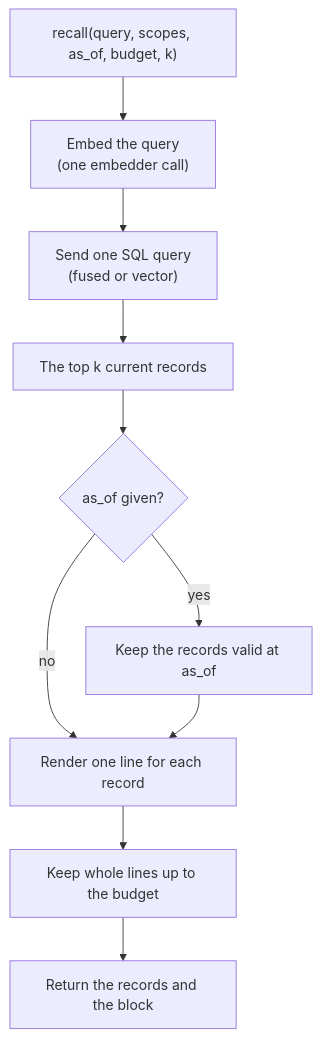
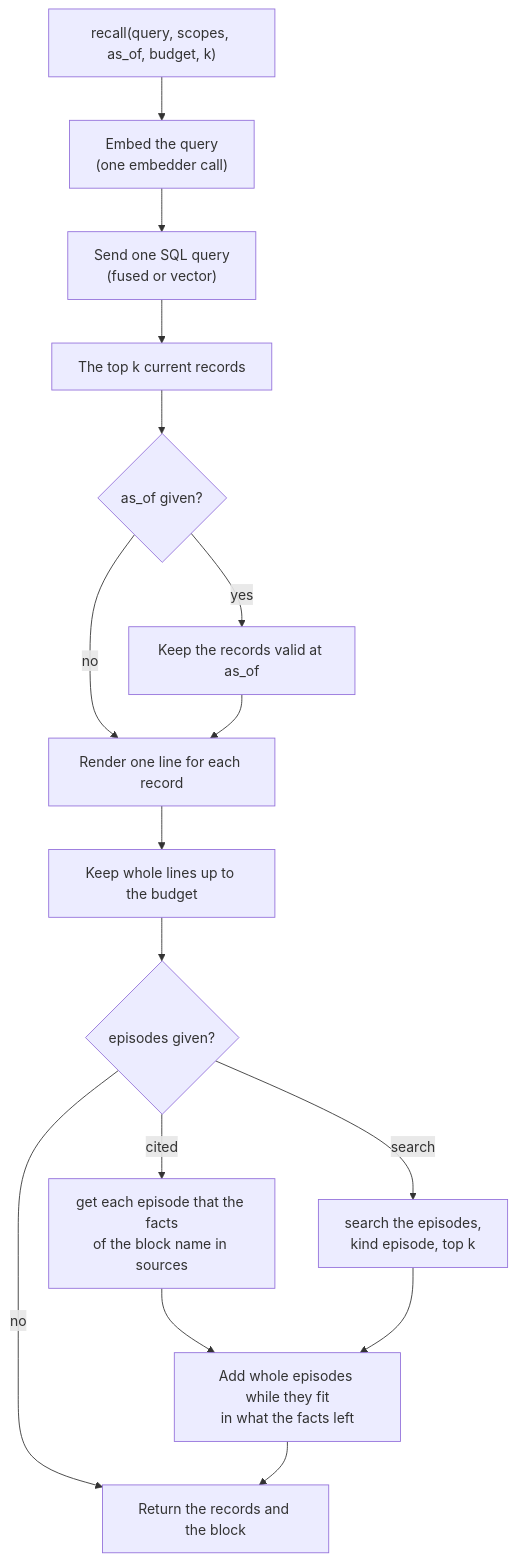
Before and after one commit to hotdata-dev/hotmemory: the seventh of 12 diagrams in docs/internal/architecture.md, drawn with Mermaid. The commit also changed other lines of this file and 17 other files, not shown here.

First line of the commit message:
Phase 8: episodes behind facts (#24)

````diff
--- a/docs/internal/architecture.md
+++ b/docs/internal/architecture.md
@@ -366,12 +374,18 @@
 ```mermaid
 flowchart TD
     q["recall(query, scopes, as_of, budget, k)"] --> embed["Embed the query<br/>(one embedder call)"]
     embed --> sql["Send one SQL query<br/>(fused or vector)"]
     sql --> top["The top k current records"]
     top --> asof{"as_of given?"}
     asof -- "yes" --> keep["Keep the records valid at as_of"]
     asof -- "no" --> render
     keep --> render["Render one line for each record"]
     render --> fit["Keep whole lines up to the budget"]
-    fit --> out["Return the records and the block"]
+    fit --> eps{"episodes given?"}
+    eps -- "no" --> out["Return the records and the block"]
+    eps -- "cited" --> get["get each episode that the facts<br/>of the block name in sources"]
+    eps -- "search" --> find["search the episodes,<br/>kind episode, top k"]
+    get --> whole["Add whole episodes while they fit<br/>in what the facts left"]
+    find --> whole
+    whole --> out
 ```
````
